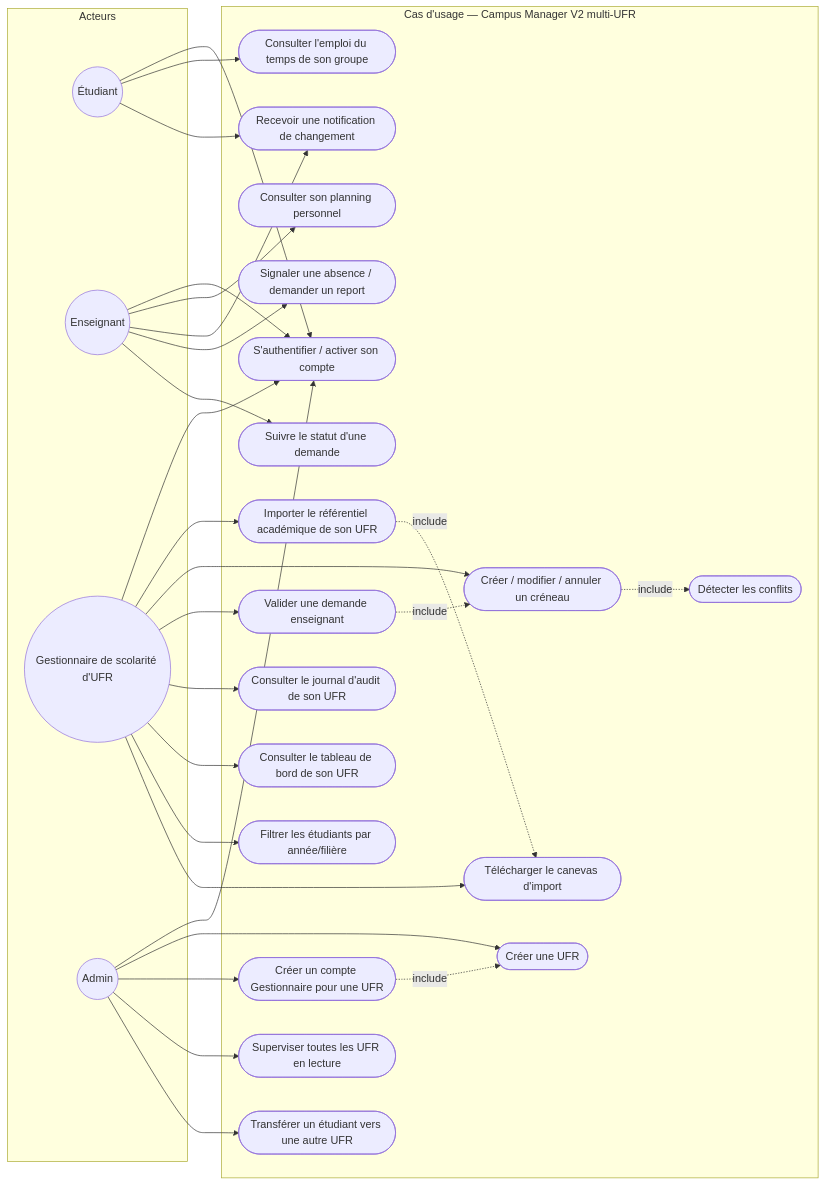
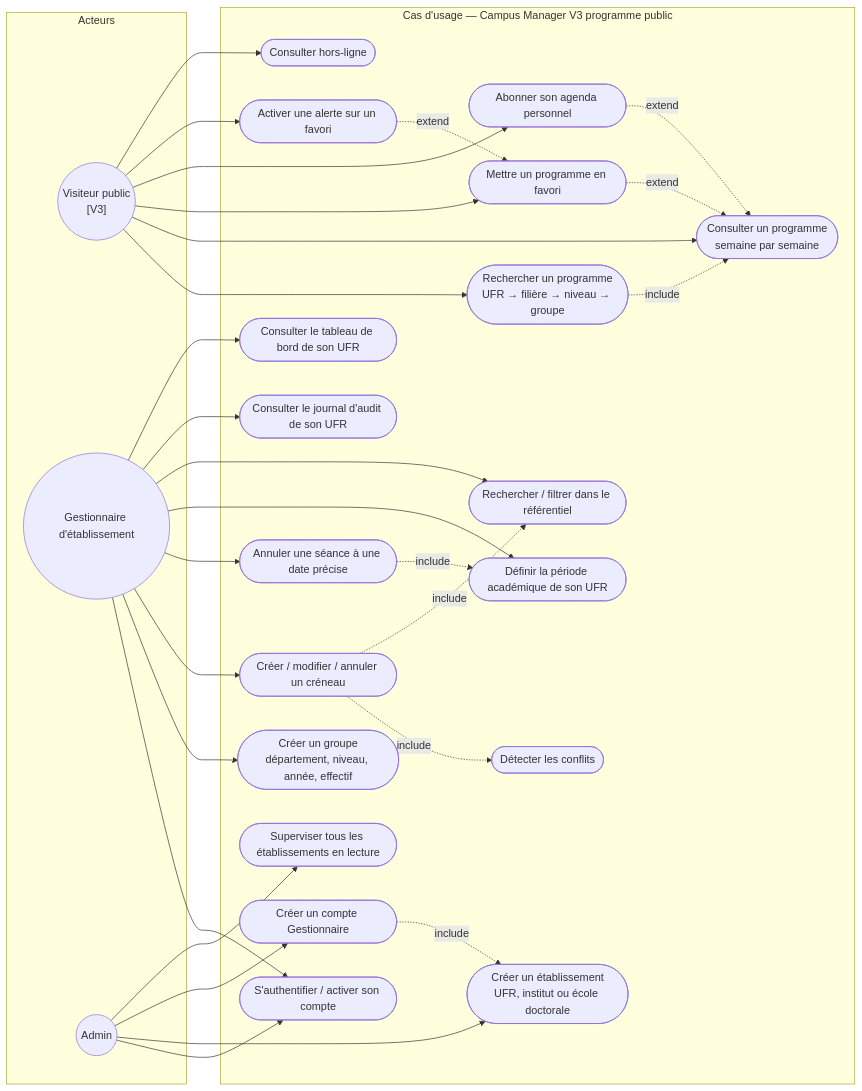
Before and after one commit to Kevin23phx/Gestionnaire_emploi_de_temps: the second of 7 diagrams in docs/05_UML_C4_Campus_Manager.md, drawn with Mermaid. The commit also changed other lines of this file and 59 other files, not shown here.

````diff
--- a/docs/05_UML_C4_Campus_Manager.md
+++ b/docs/05_UML_C4_Campus_Manager.md
@@ -36,57 +43,58 @@
 ```mermaid
 graph LR
     subgraph Acteurs
-        E((Étudiant))
-        T((Enseignant))
-        S((Gestionnaire de scolarité d'UFR))
+        V(("Visiteur public<br/>[V3]"))
+        S((Gestionnaire d'établissement))
         A((Admin))
     end
 
-    subgraph "Cas d'usage — Campus Manager V2 multi-UFR"
+    subgraph "Cas d'usage — Campus Manager V3 programme public"
+        UP1(["Rechercher un programme<br/>UFR → filière → niveau → groupe"])
+        UP2(["Consulter un programme<br/>semaine par semaine"])
+        UP3(["Mettre un programme en favori"])
+        UP4(["Abonner son agenda personnel"])
+        UP5(["Activer une alerte sur un favori"])
+        UP6(["Consulter hors-ligne"])
+
         UC1(["S'authentifier / activer son compte"])
-        UC2(["Consulter l'emploi du temps de son groupe"])
-        UC3(["Consulter son planning personnel"])
-        UC4(["Recevoir une notification de changement"])
-        UC5(["Signaler une absence / demander un report"])
-        UC6(["Suivre le statut d'une demande"])
-        UC7(["Importer le référentiel académique de son UFR"])
+        UC22(["Créer un groupe<br/>département, niveau, année, effectif"])
         UC8(["Créer / modifier / annuler un créneau"])
         UC9(["Détecter les conflits"])
-        UC10(["Valider une demande enseignant"])
+        UC19(["Annuler une séance à une date précise"])
+        UC20(["Définir la période académique de son UFR"])
+        UC21(["Rechercher / filtrer dans le référentiel"])
         UC11(["Consulter le journal d'audit de son UFR"])
         UC12(["Consulter le tableau de bord de son UFR"])
-        UC13(["Créer une UFR"])
-        UC14(["Créer un compte Gestionnaire pour une UFR"])
-        UC15(["Superviser toutes les UFR en lecture"])
-        UC16(["Transférer un étudiant vers une autre UFR"])
-        UC17(["Filtrer les étudiants par année/filière"])
-        UC18(["Télécharger le canevas d'import"])
+        UC13(["Créer un établissement<br/>UFR, institut ou école doctorale"])
+        UC14(["Créer un compte Gestionnaire"])
+        UC15(["Superviser tous les établissements en lecture"])
     end
 
-    E --> UC1
-    E --> UC2
-    E --> UC4
-    T --> UC1
-    T --> UC3
-    T --> UC4
-    T --> UC5
-    T --> UC6
+    V --> UP1
+    V --> UP2
+    V --> UP3
+    V --> UP4
+    V --> UP5
+    V --> UP6
     S --> UC1
-    S --> UC7
+    S --> UC22
     S --> UC8
-    S --> UC10
+    S --> UC19
+    S --> UC20
+    S --> UC21
     S --> UC11
     S --> UC12
-    S --> UC17
-    S --> UC18
     A --> UC1
     A --> UC13
     A --> UC14
     A --> UC15
-    A --> UC16
 
-    UC7 -. include .-> UC18
+    UP1 -. include .-> UP2
+    UP3 -. extend .-> UP2
+    UP4 -. extend .-> UP2
+    UP5 -. extend .-> UP3
     UC8 -. include .-> UC9
-    UC10 -. include .-> UC8
+    UC19 -. include .-> UC20
     UC14 -. include .-> UC13
+    UC8 -. include .-> UC21
 ```
````
